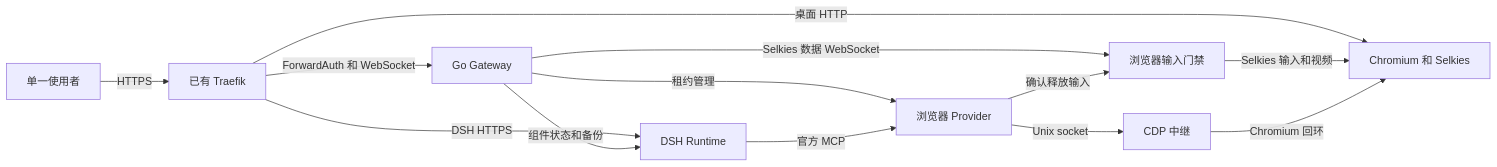
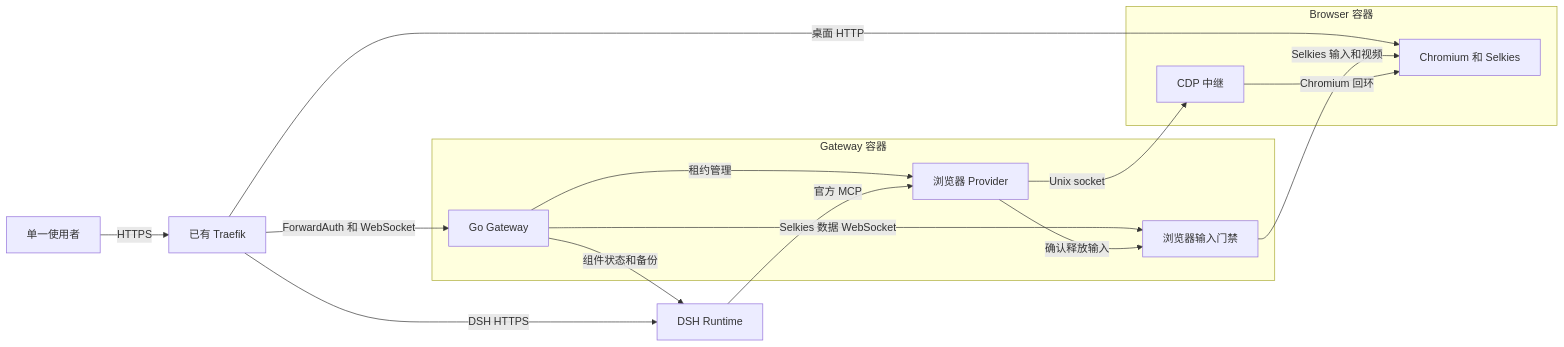
Before and after one commit to sagehou/dsh-workstation: the diagram in docs/ARCHITECTURE.zh-CN.md, drawn with Mermaid. The commit also changed other lines of this file and 41 other files, not shown here.

````diff
--- a/docs/ARCHITECTURE.zh-CN.md
+++ b/docs/ARCHITECTURE.zh-CN.md
@@ -29,15 +29,24 @@
 ```mermaid
 flowchart LR
+    subgraph GatewayContainer["Gateway 容器"]
+        Gateway["Go Gateway"]
+        Provider["浏览器 Provider"]
+        Gate["浏览器输入门禁"]
+    end
+    subgraph BrowserContainer["Browser 容器"]
+        Browser["Chromium 和 Selkies"]
+        Relay["CDP 中继"]
+    end
     Person["单一使用者"] -->|"HTTPS"| Edge["已有 Traefik"]
-    Edge -->|"ForwardAuth 和 WebSocket"| Gateway["Go Gateway"]
+    Edge -->|"ForwardAuth 和 WebSocket"| Gateway
     Edge -->|"DSH HTTPS"| DSH["DSH Runtime"]
-    Edge -->|"桌面 HTTP"| Browser["Chromium 和 Selkies"]
-    Gateway -->|"租约管理"| Provider["浏览器 Provider"]
+    Edge -->|"桌面 HTTP"| Browser
+    Gateway -->|"租约管理"| Provider
     Gateway -->|"组件状态和备份"| DSH
-    Gateway -->|"Selkies 数据 WebSocket"| Gate["浏览器输入门禁"]
+    Gateway -->|"Selkies 数据 WebSocket"| Gate
     Gate -->|"Selkies 输入和视频"| Browser
     Provider -->|"确认释放输入"| Gate
     DSH -->|"官方 MCP"| Provider
-    Provider -->|"Unix socket"| Relay["CDP 中继"]
+    Provider -->|"Unix socket"| Relay
     Relay -->|"Chromium 回环"| Browser
 ```
````
